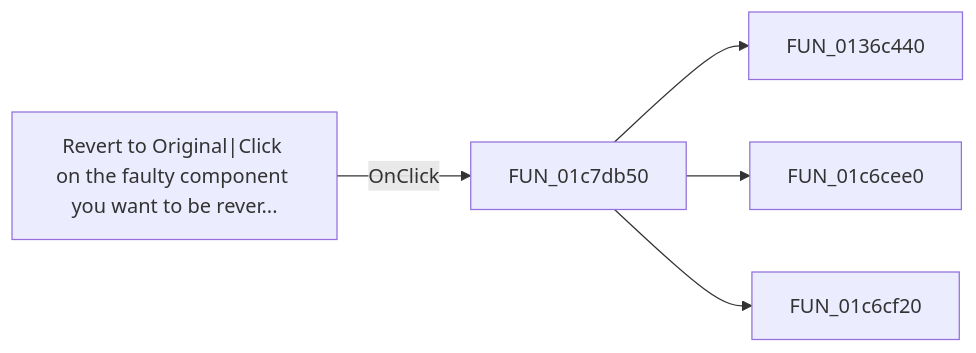
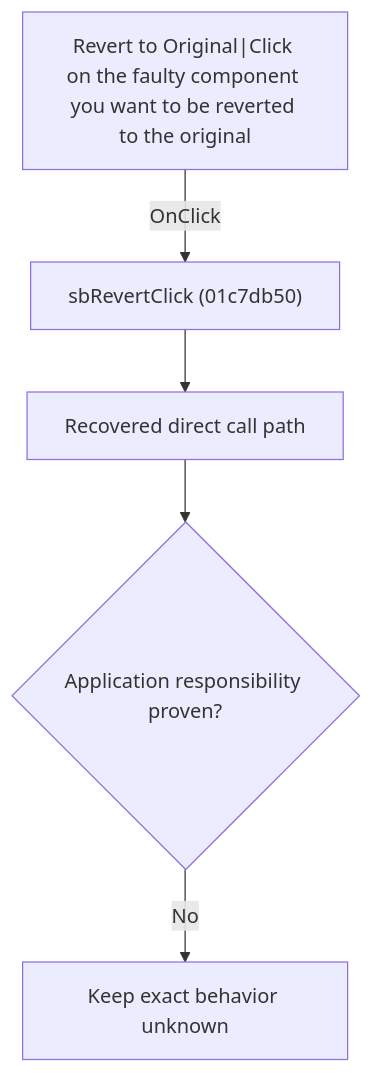
Before and after one commit to MovGP0/TIARA: the diagram in docs/ui-controls/schematiceditor/sbrevert-36320d64d7.md, drawn with Mermaid. The commit also changed other lines of this file and 1062 other files, not shown here.

````diff
--- a/docs/ui-controls/schematiceditor/sbrevert-36320d64d7.md
+++ b/docs/ui-controls/schematiceditor/sbrevert-36320d64d7.md
@@ -27,7 +27,7 @@
 ```mermaid
-flowchart LR
-    control["Revert to Original|Click on the faulty component you want to be rever..."] -->|OnClick| handler["FUN_01c7db50"]
-    handler --> call1["FUN_0136c440"]
-    handler --> call2["FUN_01c6cee0"]
-    handler --> call3["FUN_01c6cf20"]
+flowchart TD
+    control["Revert to Original|Click on the faulty component you want to be reverted to the original"] -->|"OnClick"| handler["sbRevertClick (01c7db50)"]
+    handler --> recovered["Recovered direct call path"]
+    recovered --> gap{"Application responsibility proven?"}
+    gap -->|"No"| blocked["Keep exact behavior unknown"]
 ```
````
